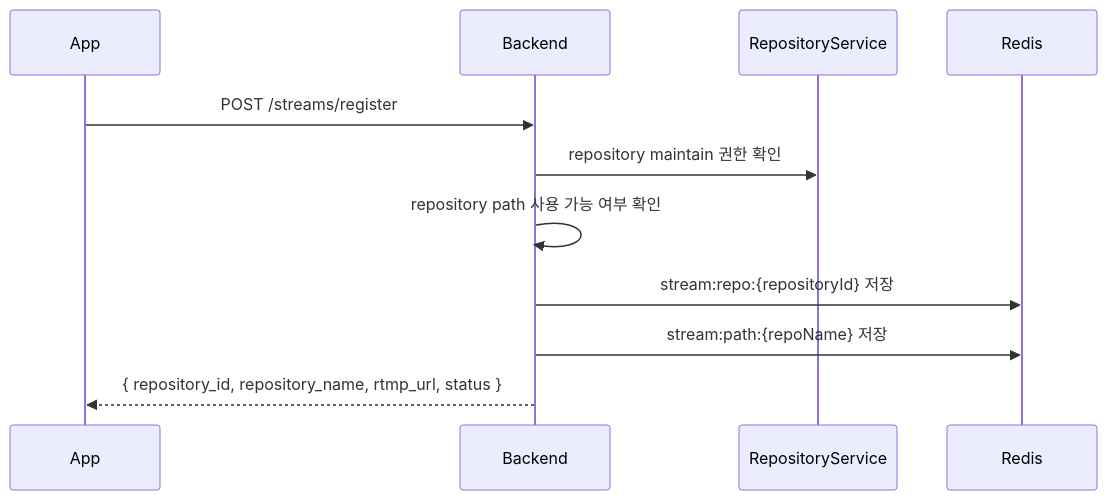
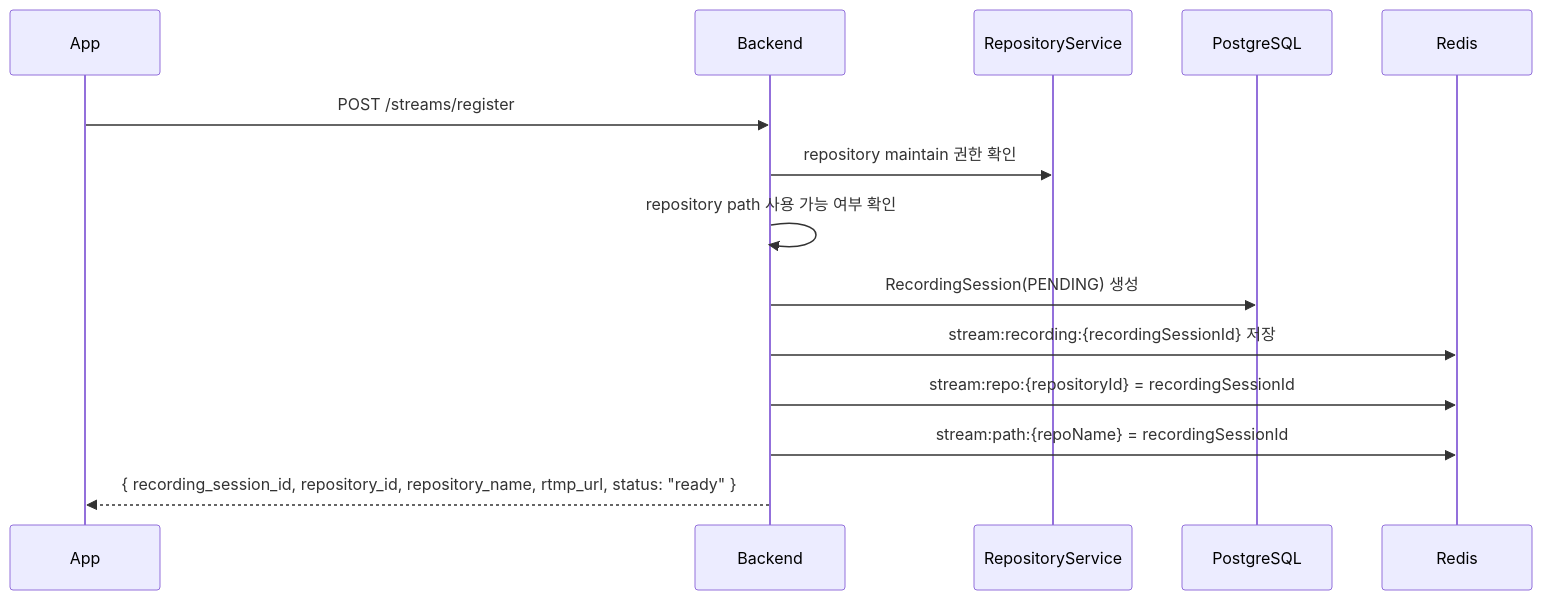
Before and after one commit to ego-flow/ego-flow-server: the second of 6 diagrams in docs/09. project_streaming.md, drawn with Mermaid. The commit also changed other lines of this file and 39 other files, not shown here.

````diff
--- a/docs/09. project_streaming.md
+++ b/docs/09. project_streaming.md
@@ -34,14 +56,17 @@
 ```mermaid
 sequenceDiagram
     participant App
     participant BE as Backend
     participant Repo as RepositoryService
+    participant DB as PostgreSQL
     participant Redis
 
     App->>BE: POST /streams/register
     BE->>Repo: repository maintain 권한 확인
     BE->>BE: repository path 사용 가능 여부 확인
-    BE->>Redis: stream:repo:{repositoryId} 저장
-    BE->>Redis: stream:path:{repoName} 저장
-    BE-->>App: { repository_id, repository_name, rtmp_url, status }
+    BE->>DB: RecordingSession(PENDING) 생성
+    BE->>Redis: stream:recording:{recordingSessionId} 저장
+    BE->>Redis: stream:repo:{repositoryId} = recordingSessionId
+    BE->>Redis: stream:path:{repoName} = recordingSessionId
+    BE-->>App: { recording_session_id, repository_id, repository_name, rtmp_url, status: "ready" }
 ```
````
